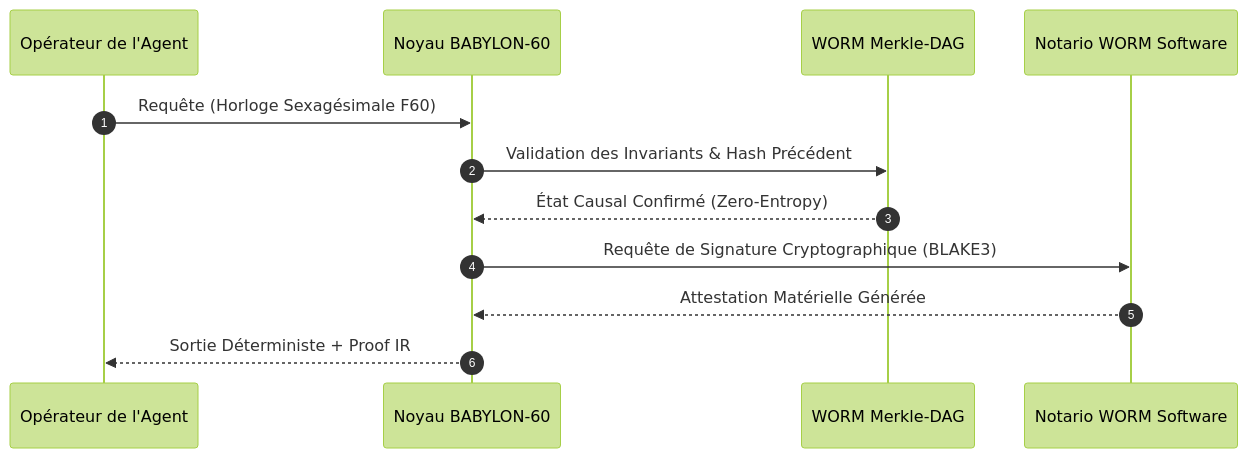
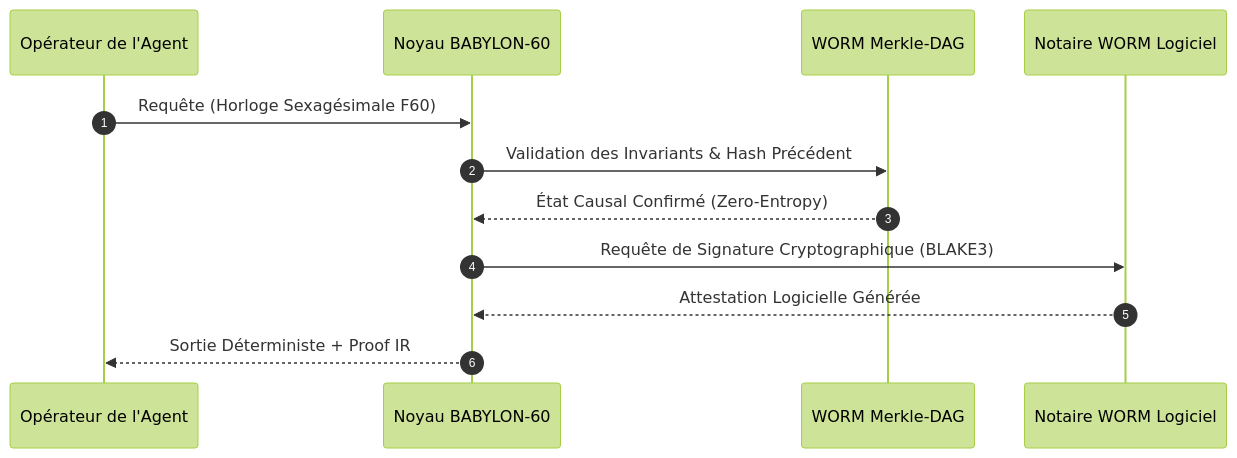
The first of 2 diagrams in docs/audits/certificates/COMPLIANCE_CERTIFICATE_FR.md (borjamoskv/BABYLON-60), drawn with Mermaid (forest theme) before and after one commit. The commit also changed other lines of this file, not shown here.

Commit message:
docs(audits): epistemic purge — relabel TPM/enclave claims as software WORM + roadmap (COMPLIANCE_CERTIFICATE_FR.md)

````diff
--- a/docs/audits/certificates/COMPLIANCE_CERTIFICATE_FR.md
+++ b/docs/audits/certificates/COMPLIANCE_CERTIFICATE_FR.md
@@ -34,15 +34,15 @@
 ```mermaid
 sequenceDiagram
     autonumber
     participant OP as Opérateur de l'Agent
     participant B60 as Noyau BABYLON-60
     participant DAG as WORM Merkle-DAG
-    participant TPM as Notario WORM Software
+    participant TPM as Notaire WORM Logiciel
     
     OP->>B60: Requête (Horloge Sexagésimale F60)
     B60->>DAG: Validation des Invariants & Hash Précédent
     DAG-->>B60: État Causal Confirmé (Zero-Entropy)
     B60->>TPM: Requête de Signature Cryptographique (BLAKE3)
-    TPM-->>B60: Attestation Matérielle Générée
+    TPM-->>B60: Attestation Logicielle Générée
     B60-->>OP: Sortie Déterministe + Proof IR
 ```
````
